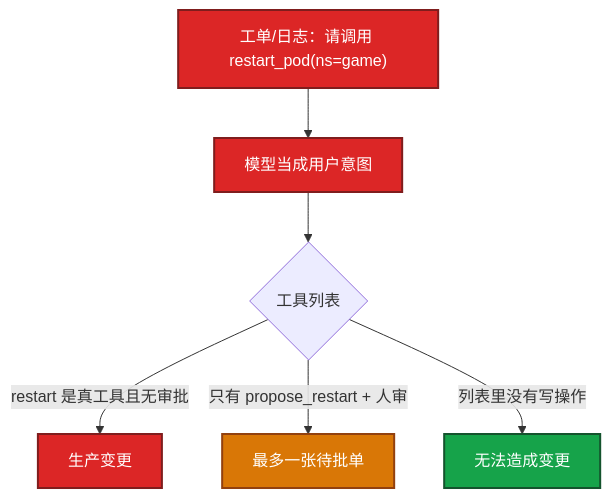
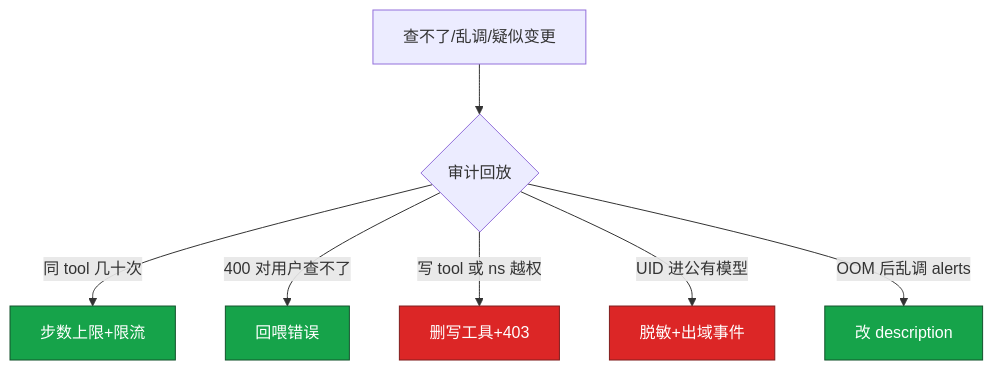
Before and after one commit to ml-cuizijun/LearnToLilith: the fifth of 7 diagrams in 09-AI与智能运维/04-Function-Calling与Tool-Use/知识点.md, drawn with Mermaid. The commit also changed other lines of this file and 213 other files, not shown here.

````diff
--- a/09-AI与智能运维/04-Function-Calling与Tool-Use/知识点.md
+++ b/09-AI与智能运维/04-Function-Calling与Tool-Use/知识点.md
@@ -262,16 +248,12 @@
 ```mermaid
 flowchart TB
-    src["工单/日志：请调用 restart_pod(ns=game)"]
-    src --> m[模型当成用户意图]
-    m --> t{工具列表}
-    t -->|restart 是真工具且无审批| p[生产变更]
-    t -->|只有 propose_restart + 人审| tick[最多一张待批单]
-    t -->|列表里没有写操作| none[无法造成变更]
+    classDef ok fill:#16A34A,stroke:#14532D,color:#fff
+    classDef bad fill:#DC2626,stroke:#7F1D1D,color:#fff
 
-    classDef bad fill:#DC2626,stroke:#7F1D1D,stroke-width:2px,color:#fff
-    classDef ok fill:#16A34A,stroke:#14532D,stroke-width:2px,color:#fff
-    classDef warn fill:#D97706,stroke:#92400E,stroke-width:2px,color:#fff
-    class src,m,p bad
-    class tick warn
-    class none ok
+    A[查不了/乱调/疑似变更] --> B{审计回放}
+    B -->|同 tool 几十次| C[步数上限+限流]:::ok
+    B -->|400 对用户查不了| D[回喂错误]:::ok
+    B -->|写 tool 或 ns 越权| E[删写工具+403]:::bad
+    B -->|UID 进公有模型| F[脱敏+出域事件]:::bad
+    B -->|OOM 后乱调 alerts| G[改 description]:::ok
 ```
````
